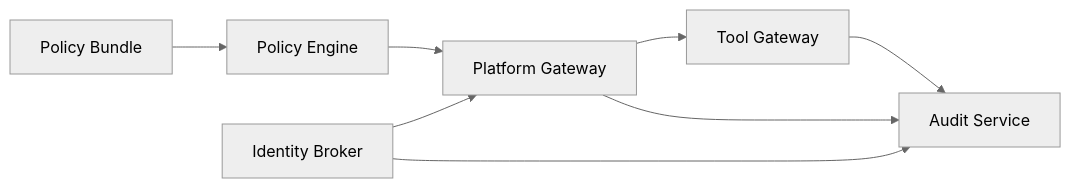
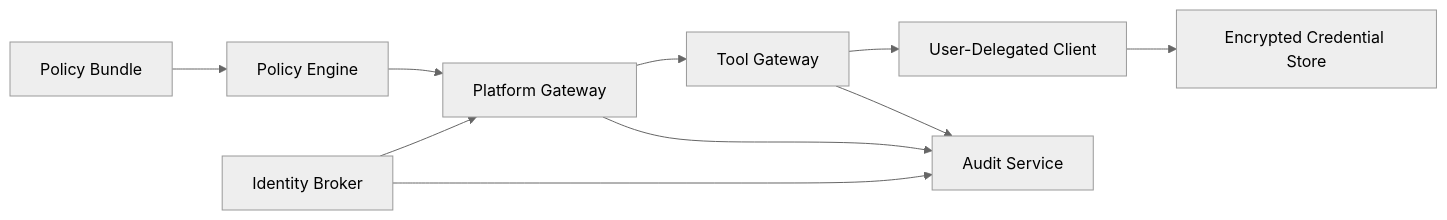
One commit to metasync/luban-aiops changed diagram 12 of 12 in .qoder/repowiki/en/content/Security and Authorization/Security and Authorization.md. Above: the diagram before and after it, drawn with Mermaid (neutral theme). The commit also changed other lines of this file and 215 other files, not shown here.

````diff
--- a/.qoder/repowiki/en/content/Security and Authorization/Security and Authorization.md
+++ b/.qoder/repowiki/en/content/Security and Authorization/Security and Authorization.md
@@ -375,10 +457,12 @@
 ```mermaid
 graph LR
 PolicyBundle["Policy Bundle"] --> PolicyEngine["Policy Engine"]
 PolicyEngine --> Gateway["Platform Gateway"]
 Broker["Identity Broker"] --> Gateway
 Gateway --> ToolGW["Tool Gateway"]
+ToolGW --> UserDelegated["User-Delegated Client"]
+UserDelegated --> CredentialStore["Encrypted Credential Store"]
 ToolGW --> Audit["Audit Service"]
 Gateway --> Audit
 Broker --> Audit
 ```
````
